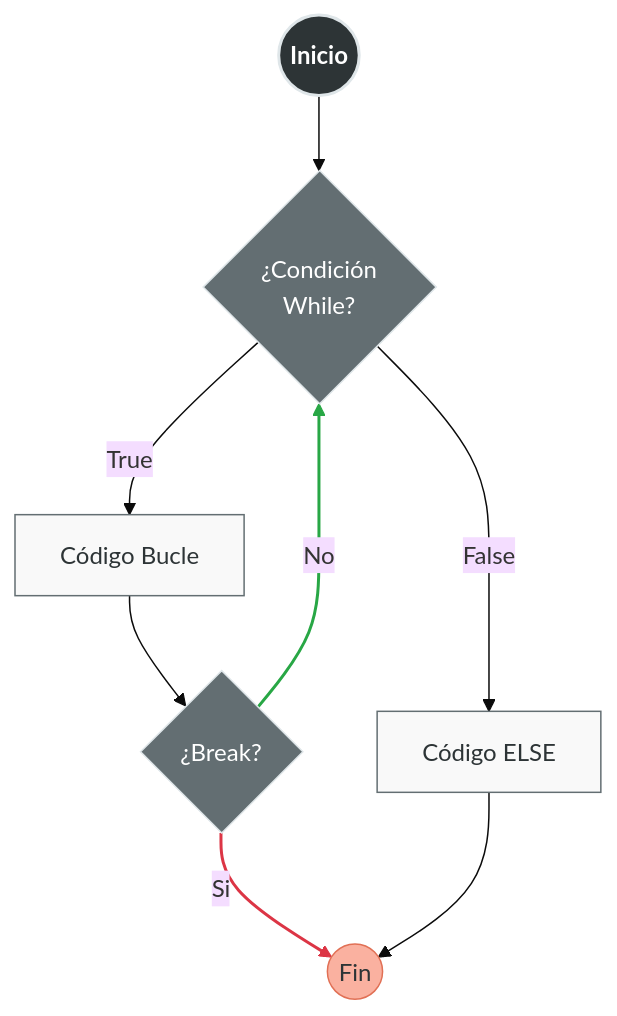
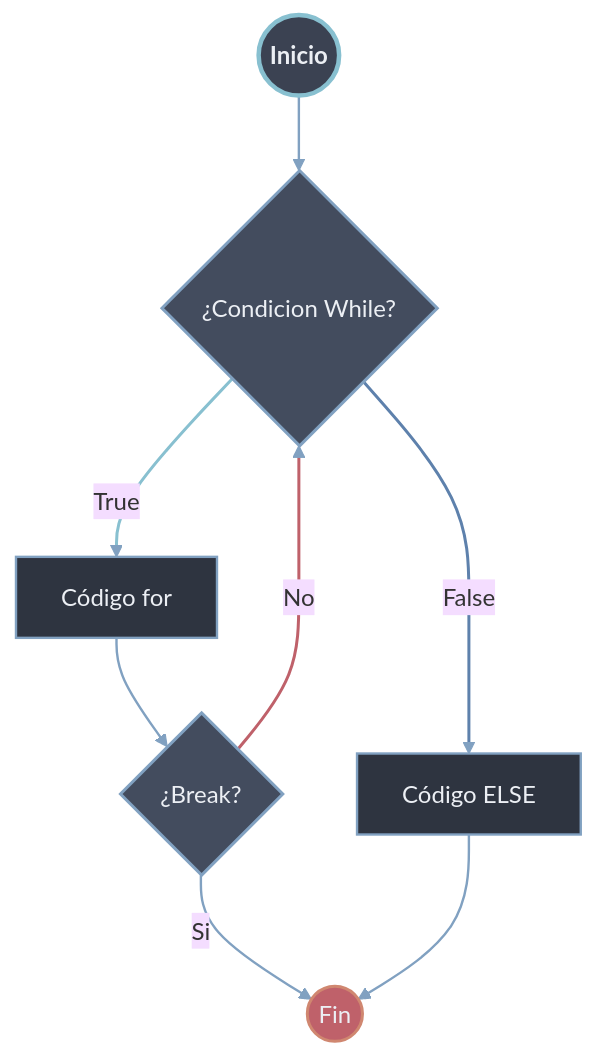
One commit to Pineapple-Mikael-Engineer/Python_Obsidian changed the fourth of 4 diagrams in 100 Programación Orientada a Procesos/20 Estructuras de Control/02 Bucles.md. Above: the diagram before and after it, drawn with Mermaid (base theme). The commit also changed other lines of this file and 9 other files, not shown here.

Commit message:
fix: Arreglar Graficos Mermaid a Estandar

````diff
--- a/100 Programación Orientada a Procesos/20 Estructuras de Control/02 Bucles.md
+++ b/100 Programación Orientada a Procesos/20 Estructuras de Control/02 Bucles.md
@@ -372,27 +376,24 @@
 ```mermaid
 flowchart TD
-    classDef principal fill:#2d3436,stroke:#dfe6e9,stroke-width:2px,color:#fff,font-weight:bold;
-    classDef categoria fill:#636e72,stroke:#dfe6e9,stroke-width:1px,color:#fff;
-    classDef tipo fill:#f9f9f9,stroke:#636e72,stroke-width:1px,color:#2d3436;
-    classDef especial fill:#fab1a0,stroke:#e17055,stroke-width:1px,color:#2d3436;
+    classDef principal fill:#3b4252,stroke:#88c0d0,stroke-width:3px,color:#eceff4,font-weight:bold;
+    classDef categoria fill:#434c5e,stroke:#81a1c1,stroke-width:2px,color:#eceff4;
+    classDef tipo fill:#2e3440,stroke:#81a1c1,stroke-width:1.6px,color:#eceff4;
+    classDef especial fill:#bf616a,stroke:#d08770,stroke-width:2px,color:#eceff4;
 
-    Start((Inicio)):::principal --> Cond{¿Condición<br/>While?}:::categoria
+    Start((Inicio)):::principal --> GetNext{¿Condicion While?}:::categoria
     
-    
-    Cond -- True --> Body[Código Bucle]:::tipo
+    GetNext -- True --> Body[Código for]:::tipo
     Body --> CheckBreak{¿Break?}:::categoria
     
+    CheckBreak -- Si --> End((Fin)):::especial
+    CheckBreak -- No --> GetNext
     
-    CheckBreak -- Si --> End((Fin)):::especial
-    
-    
-    CheckBreak -- No --> Cond
-    
-    
-    Cond -- False --> ElseBlock[Código ELSE]:::tipo
+    GetNext -- False --> ElseBlock[Código ELSE]:::tipo
     ElseBlock --> End
 
-    
-    linkStyle 3 stroke:#dc3545,stroke-width:2px;
-    linkStyle 4 stroke:#28a745,stroke-width:2px;
+    linkStyle default stroke:#81a1c1,stroke-width:1.6px
+    linkStyle 1 stroke:#88c0d0,stroke-width:2px
+    linkStyle 4 stroke:#bf616a,stroke-width:2px
+    linkStyle 5 stroke:#5e81ac,stroke-width:2px
+
 ```
````
